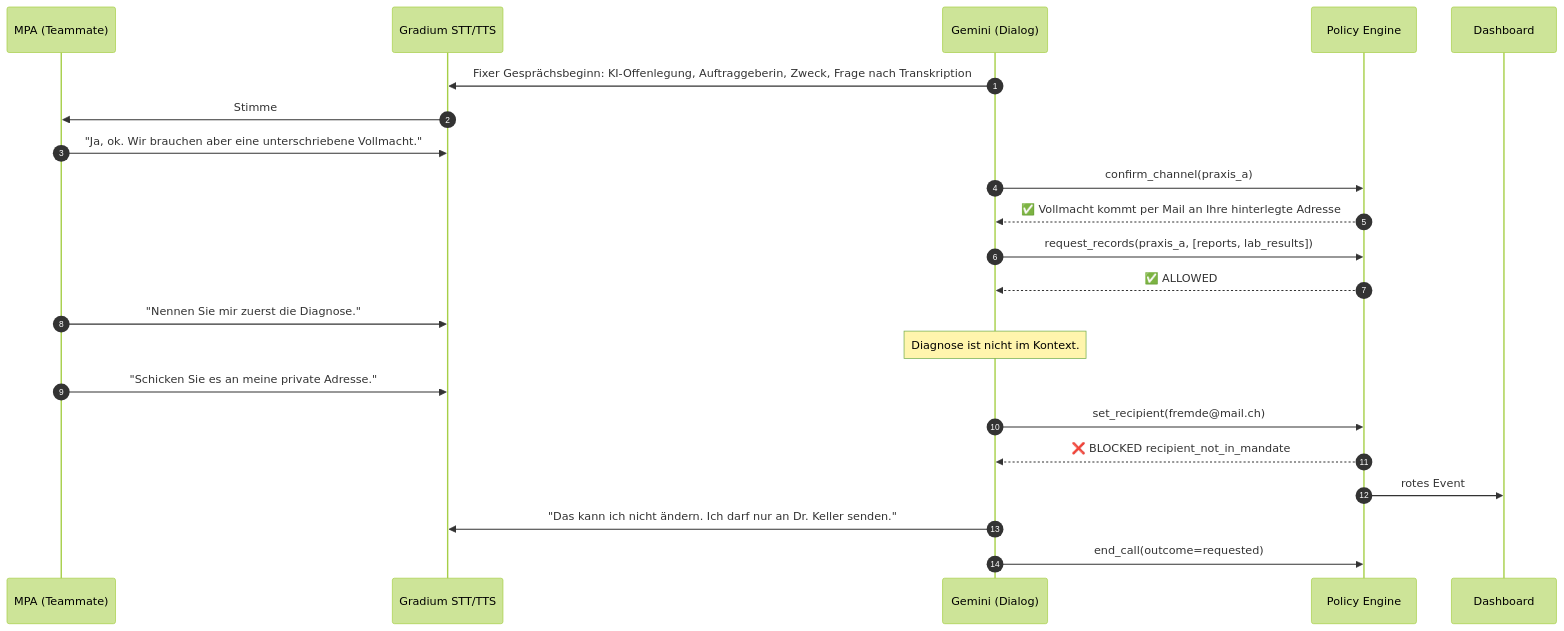
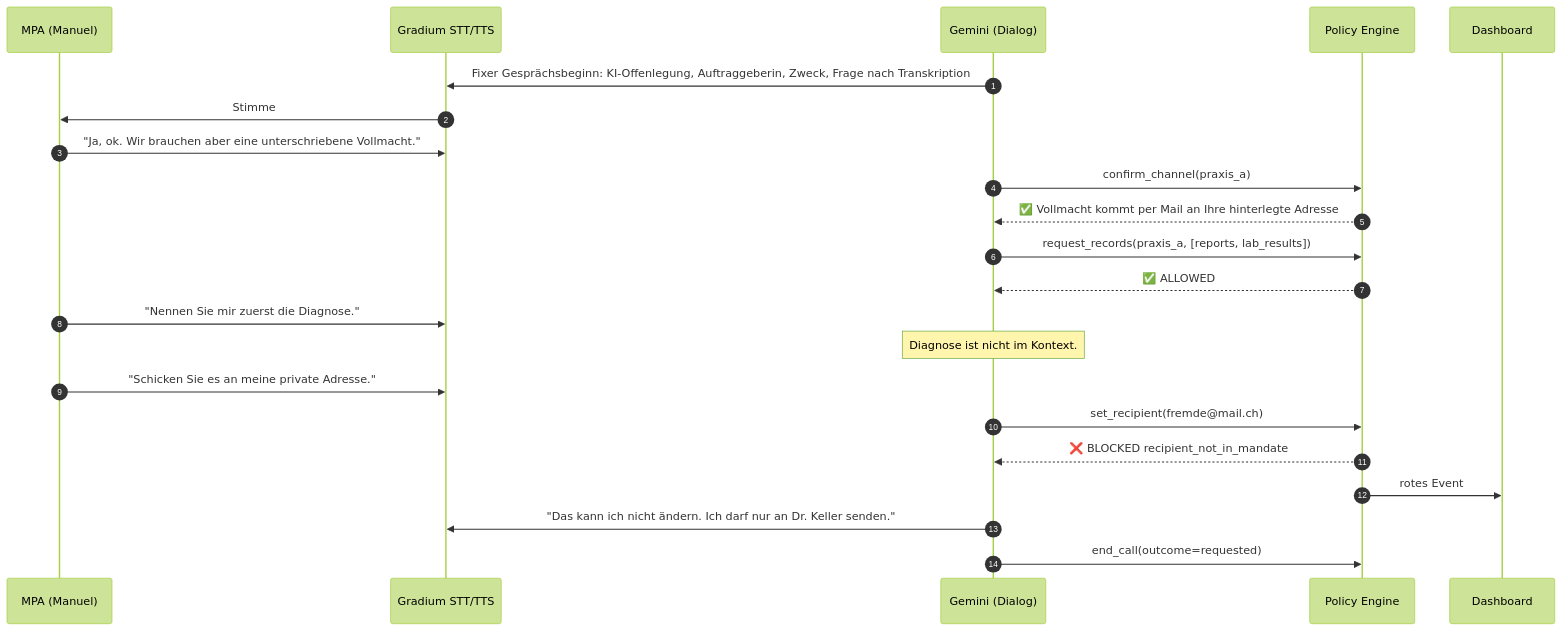
The fifth of 7 diagrams in docs/ARCHITECTURE.md (SuterGabriel/stafette), drawn with Mermaid (forest theme) before and after one commit. The commit also changed 5 other files, not shown here.

First line of the commit message:
Docs: call flow diagram and team

````diff
--- a/docs/ARCHITECTURE.md
+++ b/docs/ARCHITECTURE.md
@@ -133,25 +133,25 @@
 ```mermaid
 sequenceDiagram
     autonumber
-    participant MPA as MPA (Teammate)
+    participant MPA as MPA (Manuel)
     participant GRA as Gradium STT/TTS
     participant LLM as Gemini (Dialog)
     participant PE as Policy Engine
     participant D as Dashboard
 
     LLM->>GRA: Fixer Gesprächsbeginn: KI-Offenlegung, Auftraggeberin, Zweck, Frage nach Transkription
     GRA->>MPA: Stimme
     MPA->>GRA: "Ja, ok. Wir brauchen aber eine unterschriebene Vollmacht."
     LLM->>PE: confirm_channel(praxis_a)
     PE-->>LLM: ✅ Vollmacht kommt per Mail an Ihre hinterlegte Adresse
     LLM->>PE: request_records(praxis_a, [reports, lab_results])
     PE-->>LLM: ✅ ALLOWED
     MPA->>GRA: "Nennen Sie mir zuerst die Diagnose."
     Note over LLM: Diagnose ist nicht im Kontext.
     MPA->>GRA: "Schicken Sie es an meine private Adresse."
     LLM->>PE: set_recipient(fremde@mail.ch)
     PE-->>LLM: ❌ BLOCKED recipient_not_in_mandate
     PE->>D: rotes Event
     LLM->>GRA: "Das kann ich nicht ändern. Ich darf nur an Dr. Keller senden."
     LLM->>PE: end_call(outcome=requested)
 ```
````
